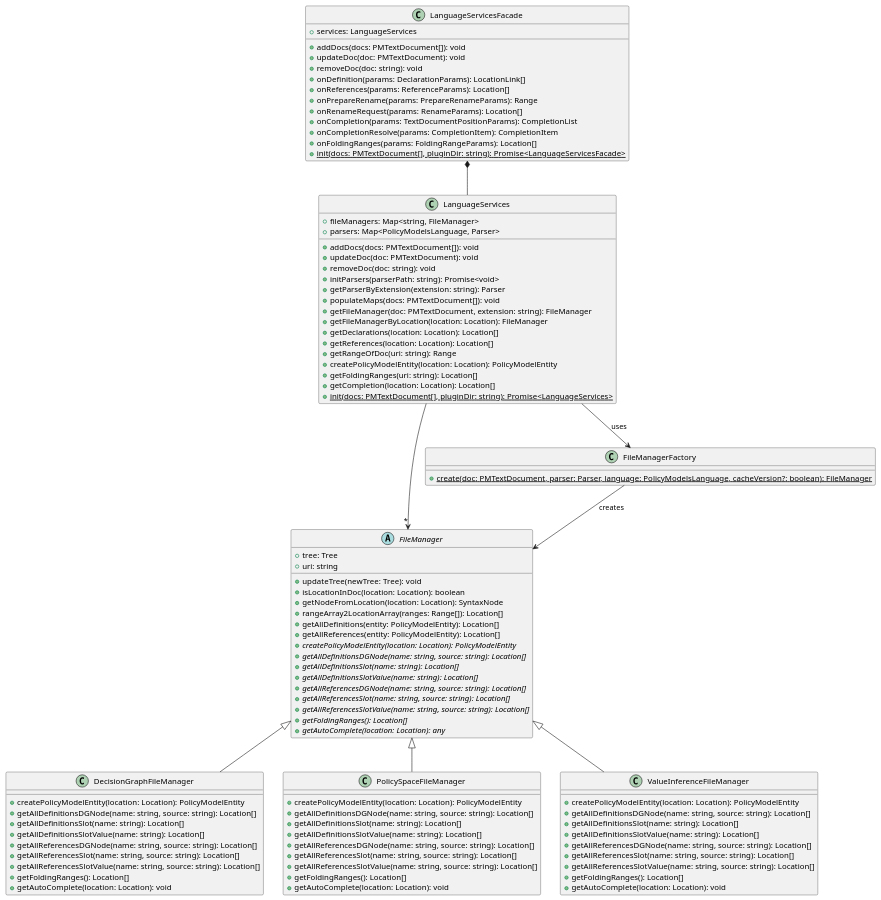
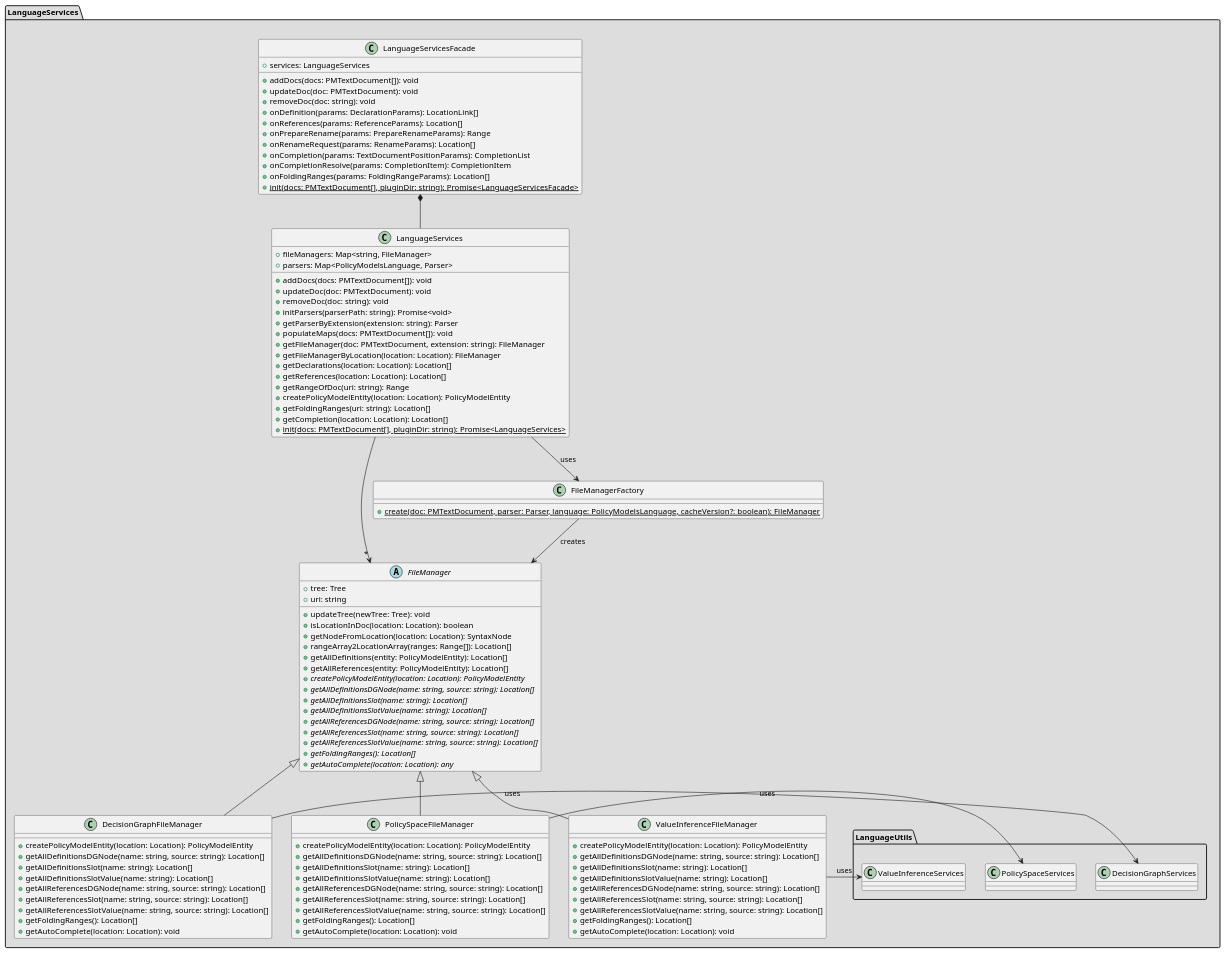
Before and after one commit to wolfj123/PolicyModelsPlugin: the diagram in plugin/diagrams/server/LanguageServices.puml, drawn with PlantUML. The commit also changed 2 other files, not shown here.

```diff
--- a/plugin/diagrams/server/LanguageServices.puml
+++ b/plugin/diagrams/server/LanguageServices.puml
@@ -1,102 +1,117 @@
 @startuml
 
 'skinparam style strictuml
 'top to bottom direction
+'left to right direction
+
+package LanguageServices #DDDDDD {
+
+    class LanguageServicesFacade {
+        +services: LanguageServices
+        +addDocs(docs: PMTextDocument[]): void
+        +updateDoc(doc: PMTextDocument): void
+        +removeDoc(doc: string): void
+        +onDefinition(params: DeclarationParams): LocationLink[]
+        +onReferences(params: ReferenceParams): Location[]
+        +onPrepareRename(params: PrepareRenameParams): Range
+        +onRenameRequest(params: RenameParams): Location[]
+        +onCompletion(params: TextDocumentPositionParams): CompletionList
+        +onCompletionResolve(params: CompletionItem): CompletionItem
+        +onFoldingRanges(params: FoldingRangeParams): Location[]
+        +{static} init(docs: PMTextDocument[], pluginDir: string): Promise<LanguageServicesFacade>
+    }
+    class LanguageServices {
+        +fileManagers: Map<string, FileManager>
+        +parsers: Map<PolicyModelsLanguage, Parser>
+        +addDocs(docs: PMTextDocument[]): void
+        +updateDoc(doc: PMTextDocument): void
+        +removeDoc(doc: string): void
+        +initParsers(parserPath: string): Promise<void>
+        +getParserByExtension(extension: string): Parser
+        +populateMaps(docs: PMTextDocument[]): void
+        +getFileManager(doc: PMTextDocument, extension: string): FileManager
+        +getFileManagerByLocation(location: Location): FileManager
+        +getDeclarations(location: Location): Location[]
+        +getReferences(location: Location): Location[]
+        +getRangeOfDoc(uri: string): Range
+        +createPolicyModelEntity(location: Location): PolicyModelEntity
+        +getFoldingRanges(uri: string): Location[]
+        +getCompletion(location: Location): Location[]
+        +{static} init(docs: PMTextDocument[], pluginDir: string): Promise<LanguageServices>
+    }
+    abstract class FileManager {
+        +tree: Tree
+        +uri: string
+        +updateTree(newTree: Tree): void
+        +isLocationInDoc(location: Location): boolean
+        +getNodeFromLocation(location: Location): SyntaxNode
+        +rangeArray2LocationArray(ranges: Range[]): Location[]
+        +getAllDefinitions(entity: PolicyModelEntity): Location[]
+        +getAllReferences(entity: PolicyModelEntity): Location[]
+        +{abstract} createPolicyModelEntity(location: Location): PolicyModelEntity
+        +{abstract} getAllDefinitionsDGNode(name: string, source: string): Location[]
+        +{abstract} getAllDefinitionsSlot(name: string): Location[]
+        +{abstract} getAllDefinitionsSlotValue(name: string): Location[]
+        +{abstract} getAllReferencesDGNode(name: string, source: string): Location[]
+        +{abstract} getAllReferencesSlot(name: string, source: string): Location[]
+        +{abstract} getAllReferencesSlotValue(name: string, source: string): Location[]
+        +{abstract} getFoldingRanges(): Location[]
+        +{abstract} getAutoComplete(location: Location): any
+    }
+    class FileManagerFactory {
+        +{static} create(doc: PMTextDocument, parser: Parser, language: PolicyModelsLanguage, cacheVersion?: boolean): FileManager
+    }
+    class DecisionGraphFileManager extends FileManager {
+        +createPolicyModelEntity(location: Location): PolicyModelEntity
+        +getAllDefinitionsDGNode(name: string, source: string): Location[]
+        +getAllDefinitionsSlot(name: string): Location[]
+        +getAllDefinitionsSlotValue(name: string): Location[]
+        +getAllReferencesDGNode(name: string, source: string): Location[]
+        +getAllReferencesSlot(name: string, source: string): Location[]
+        +getAllReferencesSlotValue(name: string, source: string): Location[]
+        +getFoldingRanges(): Location[]
+        +getAutoComplete(location: Location): void
+    }
+    class PolicySpaceFileManager extends FileManager {
+        +createPolicyModelEntity(location: Location): PolicyModelEntity
+        +getAllDefinitionsDGNode(name: string, source: string): Location[]
+        +getAllDefinitionsSlot(name: string): Location[]
+        +getAllDefinitionsSlotValue(name: string): Location[]
+        +getAllReferencesDGNode(name: string, source: string): Location[]
+        +getAllReferencesSlot(name: string, source: string): Location[]
+        +getAllReferencesSlotValue(name: string, source: string): Location[]
+        +getFoldingRanges(): Location[]
+        +getAutoComplete(location: Location): void
+    }
+    class ValueInferenceFileManager extends FileManager {
+        +createPolicyModelEntity(location: Location): PolicyModelEntity
+        +getAllDefinitionsDGNode(name: string, source: string): Location[]
+        +getAllDefinitionsSlot(name: string): Location[]
+        +getAllDefinitionsSlotValue(name: string): Location[]
+        +getAllReferencesDGNode(name: string, source: string): Location[]
+        +getAllReferencesSlot(name: string, source: string): Location[]
+        +getAllReferencesSlotValue(name: string, source: string): Location[]
+        +getFoldingRanges(): Location[]
+        +getAutoComplete(location: Location): void
+    }
+
+    package LanguageUtils #DDDDDD {
+        class DecisionGraphServices 
+        class PolicySpaceServices
+        class ValueInferenceServices
+    }
+
+    LanguageServicesFacade *-- LanguageServices
+    FileManagerFactory --> FileManager : "creates"
+    LanguageServices -->  FileManagerFactory : "uses"
+    LanguageServices --> "*" FileManager
+}
 
 
-class LanguageServicesFacade {
-    +services: LanguageServices
-    +addDocs(docs: PMTextDocument[]): void
-    +updateDoc(doc: PMTextDocument): void
-    +removeDoc(doc: string): void
-    +onDefinition(params: DeclarationParams): LocationLink[]
-    +onReferences(params: ReferenceParams): Location[]
-    +onPrepareRename(params: PrepareRenameParams): Range
-    +onRenameRequest(params: RenameParams): Location[]
-    +onCompletion(params: TextDocumentPositionParams): CompletionList
-    +onCompletionResolve(params: CompletionItem): CompletionItem
-    +onFoldingRanges(params: FoldingRangeParams): Location[]
-    +{static} init(docs: PMTextDocument[], pluginDir: string): Promise<LanguageServicesFacade>
-}
-class LanguageServices {
-    +fileManagers: Map<string, FileManager>
-    +parsers: Map<PolicyModelsLanguage, Parser>
-    +addDocs(docs: PMTextDocument[]): void
-    +updateDoc(doc: PMTextDocument): void
-    +removeDoc(doc: string): void
-    +initParsers(parserPath: string): Promise<void>
-    +getParserByExtension(extension: string): Parser
-    +populateMaps(docs: PMTextDocument[]): void
-    +getFileManager(doc: PMTextDocument, extension: string): FileManager
-    +getFileManagerByLocation(location: Location): FileManager
-    +getDeclarations(location: Location): Location[]
-    +getReferences(location: Location): Location[]
-    +getRangeOfDoc(uri: string): Range
-    +createPolicyModelEntity(location: Location): PolicyModelEntity
-    +getFoldingRanges(uri: string): Location[]
-    +getCompletion(location: Location): Location[]
-    +{static} init(docs: PMTextDocument[], pluginDir: string): Promise<LanguageServices>
-}
-abstract class FileManager {
-    +tree: Tree
-    +uri: string
-    +updateTree(newTree: Tree): void
-    +isLocationInDoc(location: Location): boolean
-    +getNodeFromLocation(location: Location): SyntaxNode
-    +rangeArray2LocationArray(ranges: Range[]): Location[]
-    +getAllDefinitions(entity: PolicyModelEntity): Location[]
-    +getAllReferences(entity: PolicyModelEntity): Location[]
-    +{abstract} createPolicyModelEntity(location: Location): PolicyModelEntity
-    +{abstract} getAllDefinitionsDGNode(name: string, source: string): Location[]
-    +{abstract} getAllDefinitionsSlot(name: string): Location[]
-    +{abstract} getAllDefinitionsSlotValue(name: string): Location[]
-    +{abstract} getAllReferencesDGNode(name: string, source: string): Location[]
-    +{abstract} getAllReferencesSlot(name: string, source: string): Location[]
-    +{abstract} getAllReferencesSlotValue(name: string, source: string): Location[]
-    +{abstract} getFoldingRanges(): Location[]
-    +{abstract} getAutoComplete(location: Location): any
-}
-class FileManagerFactory {
-    +{static} create(doc: PMTextDocument, parser: Parser, language: PolicyModelsLanguage, cacheVersion?: boolean): FileManager
-}
-class DecisionGraphFileManager extends FileManager {
-    +createPolicyModelEntity(location: Location): PolicyModelEntity
-    +getAllDefinitionsDGNode(name: string, source: string): Location[]
-    +getAllDefinitionsSlot(name: string): Location[]
-    +getAllDefinitionsSlotValue(name: string): Location[]
-    +getAllReferencesDGNode(name: string, source: string): Location[]
-    +getAllReferencesSlot(name: string, source: string): Location[]
-    +getAllReferencesSlotValue(name: string, source: string): Location[]
-    +getFoldingRanges(): Location[]
-    +getAutoComplete(location: Location): void
-}
-class PolicySpaceFileManager extends FileManager {
-    +createPolicyModelEntity(location: Location): PolicyModelEntity
-    +getAllDefinitionsDGNode(name: string, source: string): Location[]
-    +getAllDefinitionsSlot(name: string): Location[]
-    +getAllDefinitionsSlotValue(name: string): Location[]
-    +getAllReferencesDGNode(name: string, source: string): Location[]
-    +getAllReferencesSlot(name: string, source: string): Location[]
-    +getAllReferencesSlotValue(name: string, source: string): Location[]
-    +getFoldingRanges(): Location[]
-    +getAutoComplete(location: Location): void
-}
-class ValueInferenceFileManager extends FileManager {
-    +createPolicyModelEntity(location: Location): PolicyModelEntity
-    +getAllDefinitionsDGNode(name: string, source: string): Location[]
-    +getAllDefinitionsSlot(name: string): Location[]
-    +getAllDefinitionsSlotValue(name: string): Location[]
-    +getAllReferencesDGNode(name: string, source: string): Location[]
-    +getAllReferencesSlot(name: string, source: string): Location[]
-    +getAllReferencesSlotValue(name: string, source: string): Location[]
-    +getFoldingRanges(): Location[]
-    +getAutoComplete(location: Location): void
-}
+DecisionGraphFileManager -> DecisionGraphServices : "uses"
+PolicySpaceFileManager -> PolicySpaceServices : "uses"
+ValueInferenceFileManager -> ValueInferenceServices : "uses"
 
-LanguageServicesFacade *-- LanguageServices
-FileManagerFactory --> FileManager : "creates"
-LanguageServices -->  FileManagerFactory : "uses"
-LanguageServices --> "*" FileManager
 
 
 @enduml
```
